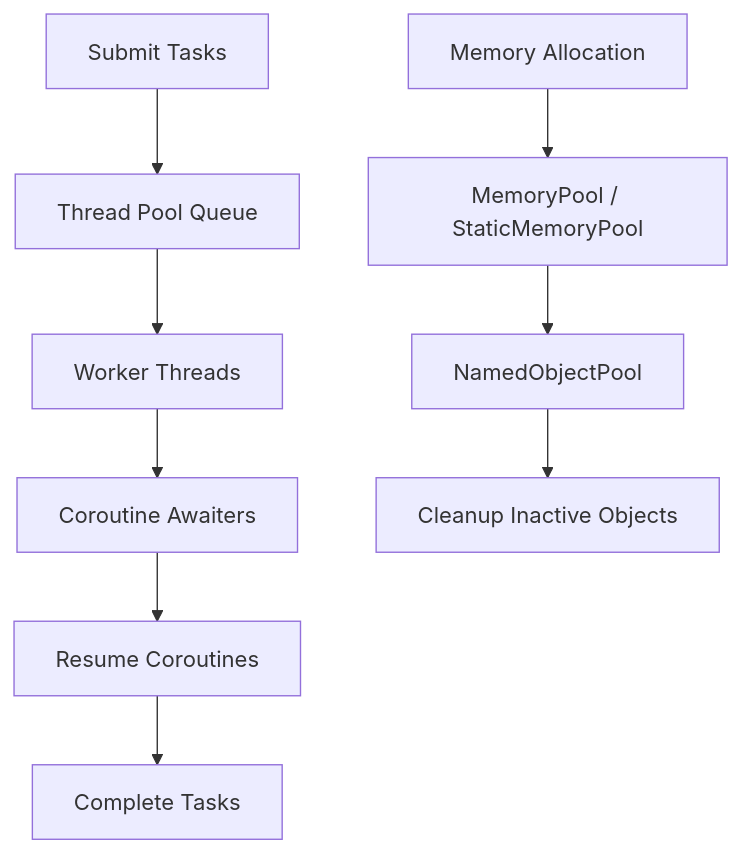
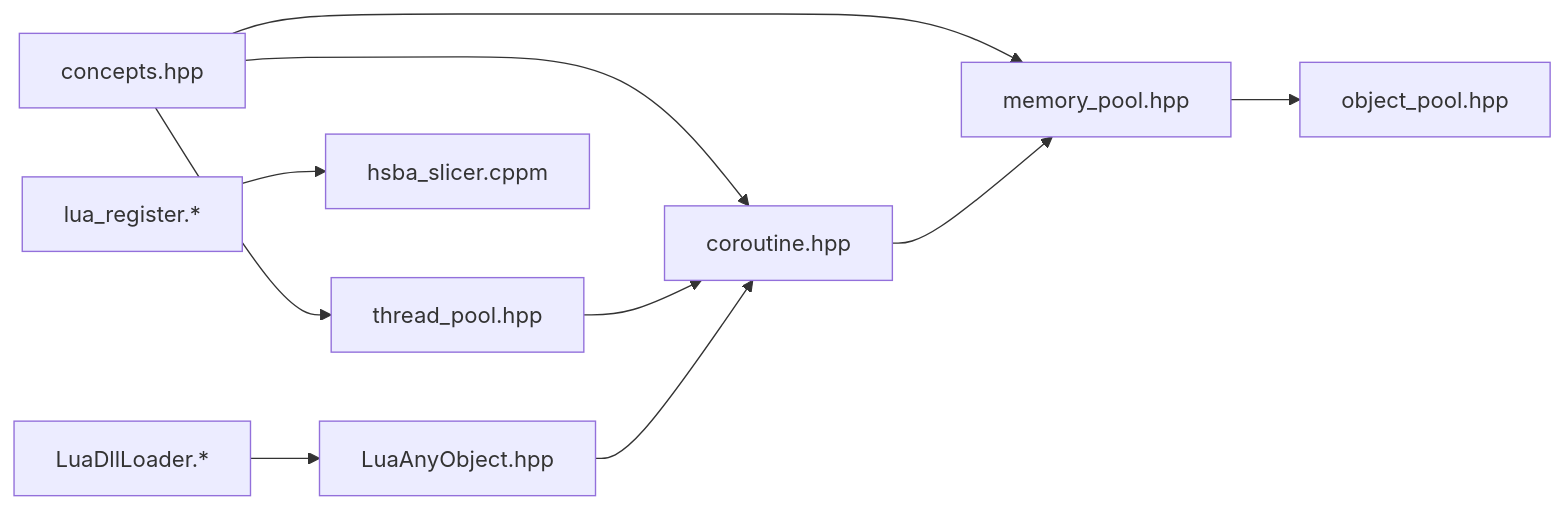
One commit to hsmbanlance/HsBaSlicer changed the tenth of 10 diagrams in .qoder/repowiki/en/content/Advanced Features/Advanced Features.md. Above: the diagram before and after it, drawn with Mermaid. The commit also changed other lines of this file and 1095 other files, not shown here.

````diff
--- a/.qoder/repowiki/en/content/Advanced Features/Advanced Features.md
+++ b/.qoder/repowiki/en/content/Advanced Features/Advanced Features.md
@@ -604,11 +444,12 @@
 ```mermaid
-flowchart TD
-Submit["Submit Tasks"] --> Queue["Thread Pool Queue"]
-Queue --> Workers["Worker Threads"]
-Workers --> Await["Coroutine Awaiters"]
-Await --> Resume["Resume Coroutines"]
-Resume --> Complete["Complete Tasks"]
-MemAlloc["Memory Allocation"] --> Pool["MemoryPool / StaticMemoryPool"]
-Pool --> Objects["NamedObjectPool"]
-Objects --> Cleanup["Cleanup Inactive Objects"]
+graph LR
+Concepts["concepts.hpp"] --> ThreadPool["thread_pool.hpp"]
+Concepts --> Coroutines["coroutine.hpp"]
+Concepts --> MemoryPools["memory_pool.hpp"]
+ThreadPool --> Coroutines
+Coroutines --> MemoryPools
+MemoryPools --> ObjectPool["object_pool.hpp"]
+LuaAnyObject["LuaAnyObject.hpp"] --> Coroutines
+LuaDllLoader["LuaDllLoader.*"] --> LuaAnyObject
+LuaRegister["lua_register.*"] --> ModuleAPI["hsba_slicer.cppm"]
 ```
````
